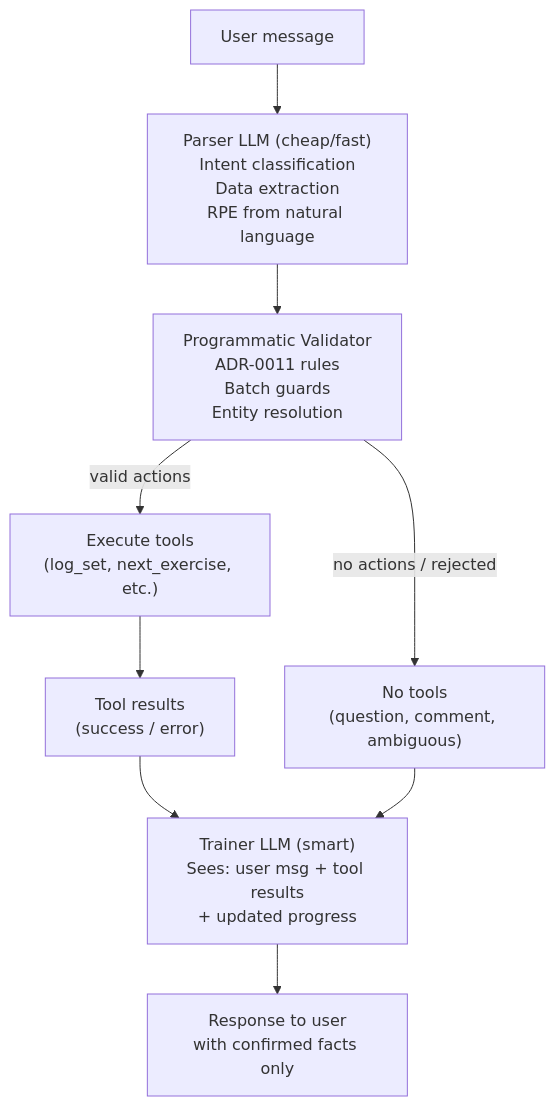
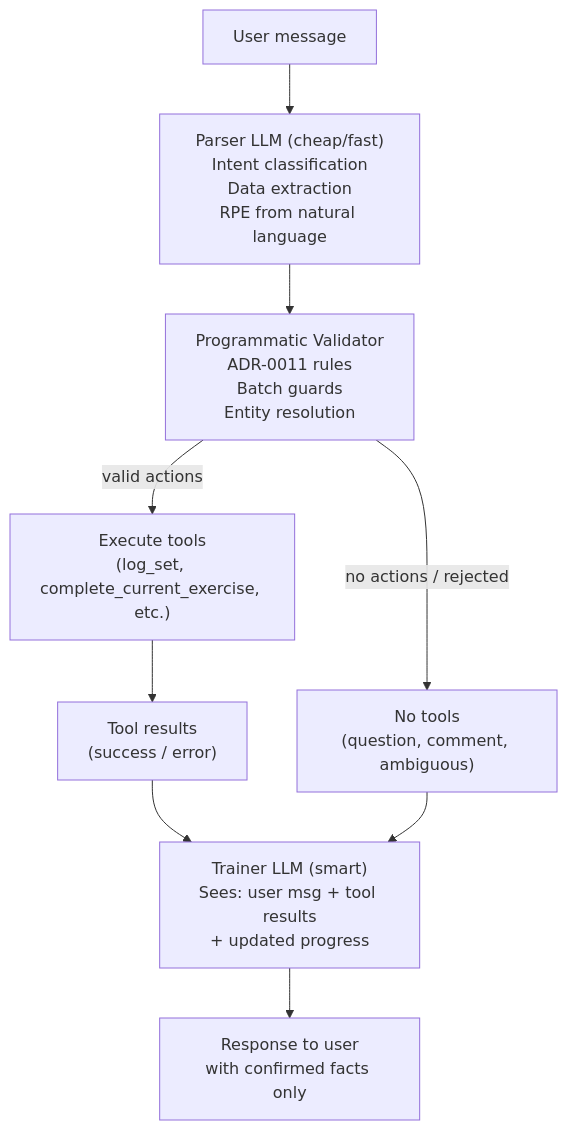
One commit to s-filko/fit-coach changed the diagram in docs/PLAN-dual-llm-training.md. Above: the diagram before and after it, drawn with Mermaid. The commit also changed other lines of this file and 32 other files, not shown here.

First line of the commit message:
fix(training): harden training flow, remove skip_exercise, fix BUG-011/012

````diff
--- a/docs/PLAN-dual-llm-training.md
+++ b/docs/PLAN-dual-llm-training.md
@@ -29,11 +29,11 @@
 ```mermaid
 flowchart TD
     msg["User message"] --> parser["Parser LLM (cheap/fast)\nIntent classification\nData extraction\nRPE from natural language"]
     parser --> validate["Programmatic Validator\nADR-0011 rules\nBatch guards\nEntity resolution"]
-    validate -->|"valid actions"| execute["Execute tools\n(log_set, next_exercise, etc.)"]
+    validate -->|"valid actions"| execute["Execute tools\n(log_set, complete_current_exercise, etc.)"]
     validate -->|"no actions / rejected"| noTools["No tools\n(question, comment, ambiguous)"]
     execute --> results["Tool results\n(success / error)"]
     results --> trainer["Trainer LLM (smart)\nSees: user msg + tool results\n+ updated progress"]
     noTools --> trainer
     trainer --> response["Response to user\nwith confirmed facts only"]
 ```
````
